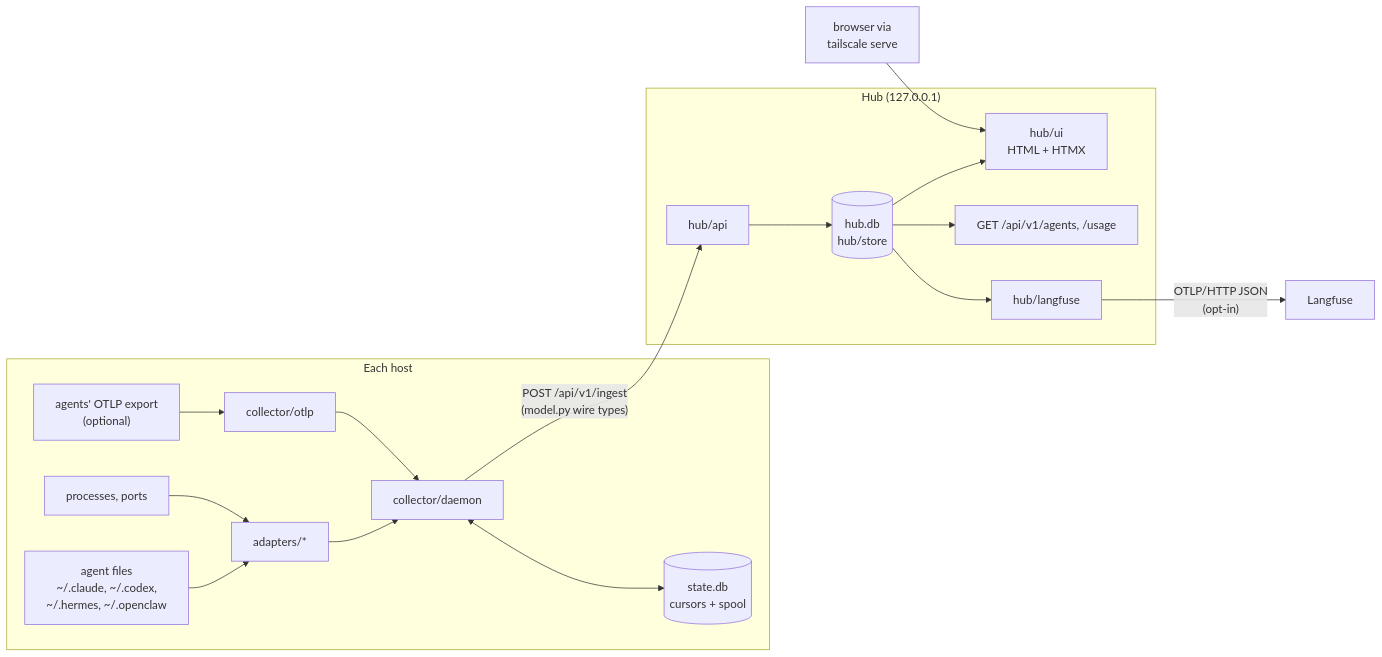
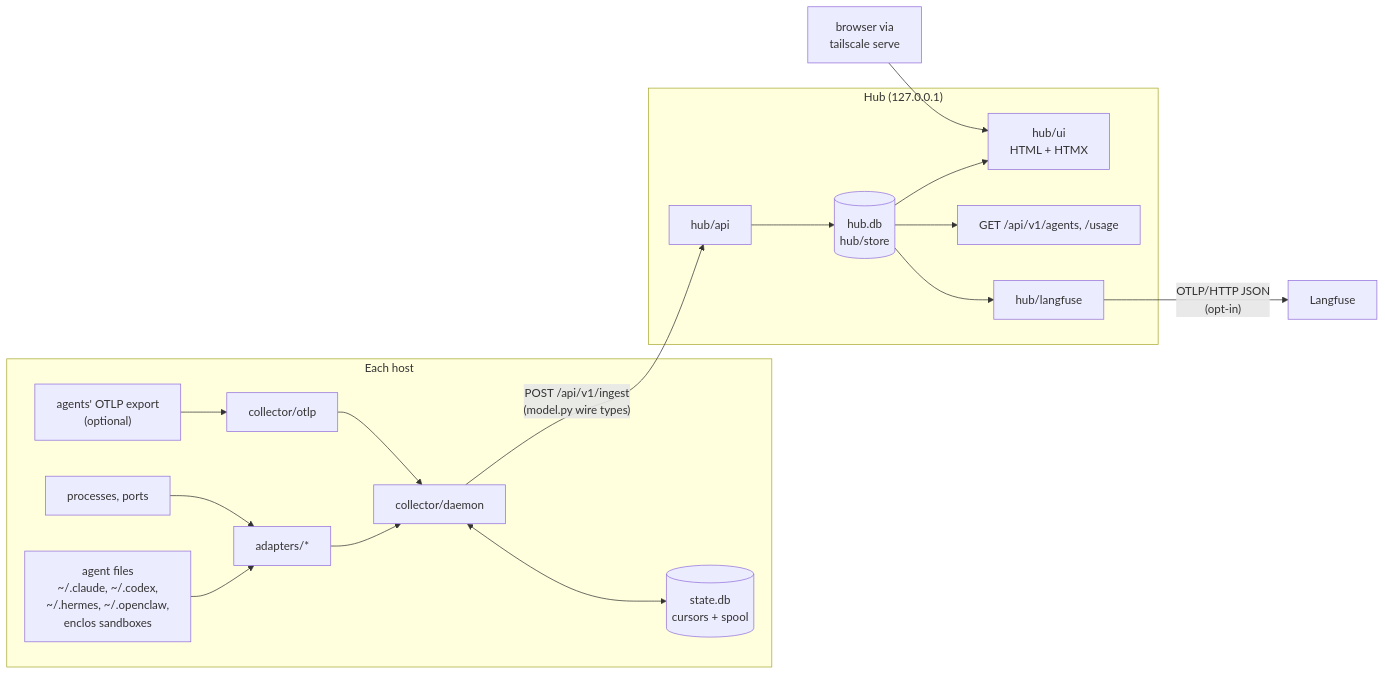
Before and after one commit to victorbonnet/openvigie: the diagram in docs/architecture.md, drawn with Mermaid. The commit also changed 11 other files, not shown here.

````diff
--- a/docs/architecture.md
+++ b/docs/architecture.md
@@ -11,20 +11,20 @@
 ```mermaid
 flowchart LR
   subgraph host["Each host"]
-    files["agent files<br/>~/.claude, ~/.codex,<br/>~/.hermes, ~/.openclaw"] --> adapters
+    files["agent files<br/>~/.claude, ~/.codex,<br/>~/.hermes, ~/.openclaw,<br/>enclos sandboxes"] --> adapters
     procs["processes, ports"] --> adapters
     otlpin["agents' OTLP export<br/>(optional)"] --> receiver["collector/otlp"]
     adapters["adapters/*"] --> collector["collector/daemon"]
     receiver --> collector
     collector <--> spool[("state.db<br/>cursors + spool")]
   end
   collector -- "POST /api/v1/ingest<br/>(model.py wire types)" --> api["hub/api"]
   subgraph hubbox["Hub (127.0.0.1)"]
     api --> store[("hub.db<br/>hub/store")]
     store --> ui["hub/ui<br/>HTML + HTMX"]
     store --> japi["GET /api/v1/agents, /usage"]
     store --> exporter["hub/langfuse"]
   end
   exporter -- "OTLP/HTTP JSON<br/>(opt-in)" --> langfuse["Langfuse"]
   browser["browser via<br/>tailscale serve"] --> ui
 ```
````
